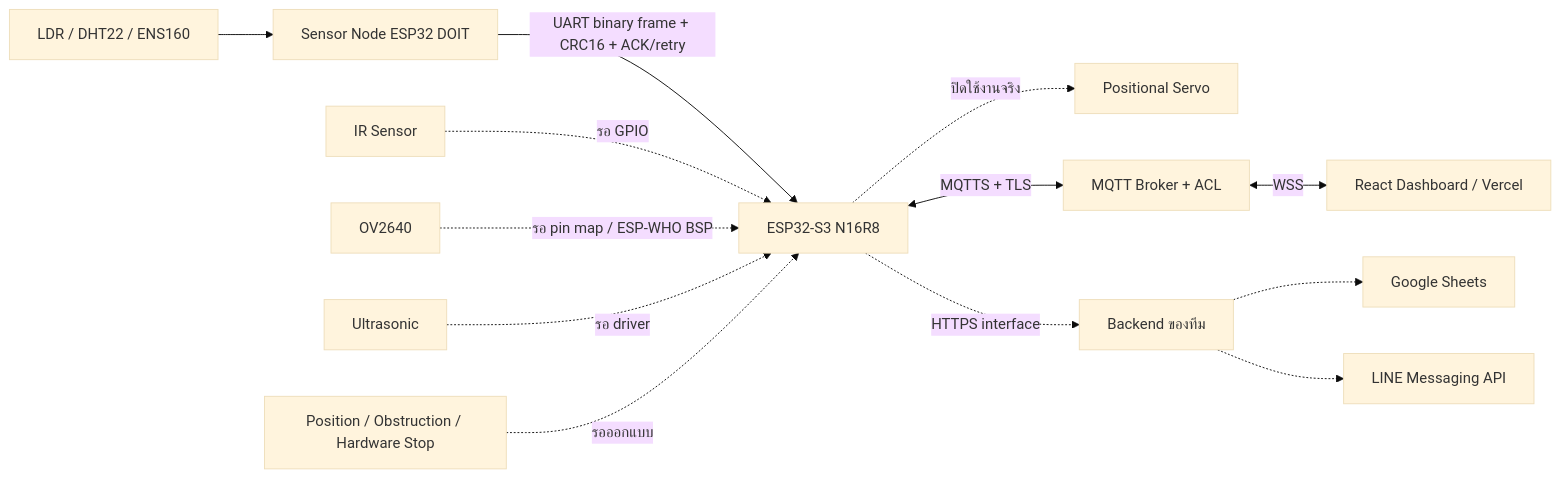
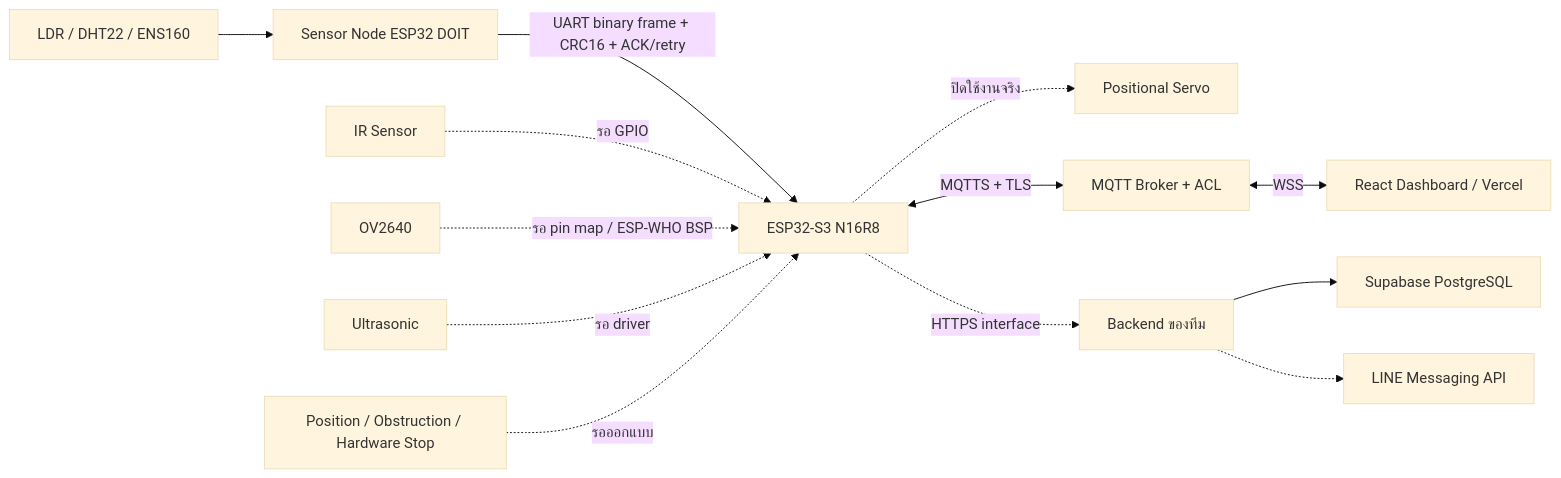
Before and after one commit to Napatr-b/Embedded-Project-Smart-Garage: the diagram in docs/wiring.md, drawn with Mermaid (base theme). The commit also changed 34 other files, not shown here.

Commit message:
Configure Supabase backend connection

````diff
--- a/docs/wiring.md
+++ b/docs/wiring.md
@@ -5,15 +5,15 @@
 ```mermaid
 flowchart LR
   Sensors[LDR / DHT22 / ENS160] --> Node[Sensor Node ESP32 DOIT]
   Node -->|UART binary frame + CRC16 + ACK/retry| Gateway[ESP32-S3 N16R8]
   IR[IR Sensor] -. รอ GPIO .-> Gateway
   Camera[OV2640] -. รอ pin map / ESP-WHO BSP .-> Gateway
   US[Ultrasonic] -. รอ driver .-> Gateway
   Gateway -. ปิดใช้งานจริง .-> Servo[Positional Servo]
   Feedback[Position / Obstruction / Hardware Stop] -. รอออกแบบ .-> Gateway
   Gateway <-->|MQTTS + TLS| Broker[MQTT Broker + ACL]
   Broker <-->|WSS| Web[React Dashboard / Vercel]
   Gateway -. HTTPS interface .-> Backend[Backend ของทีม]
-  Backend -.-> Sheets[Google Sheets]
+  Backend --> DB[Supabase PostgreSQL]
   Backend -.-> LINE[LINE Messaging API]
 ```
````
